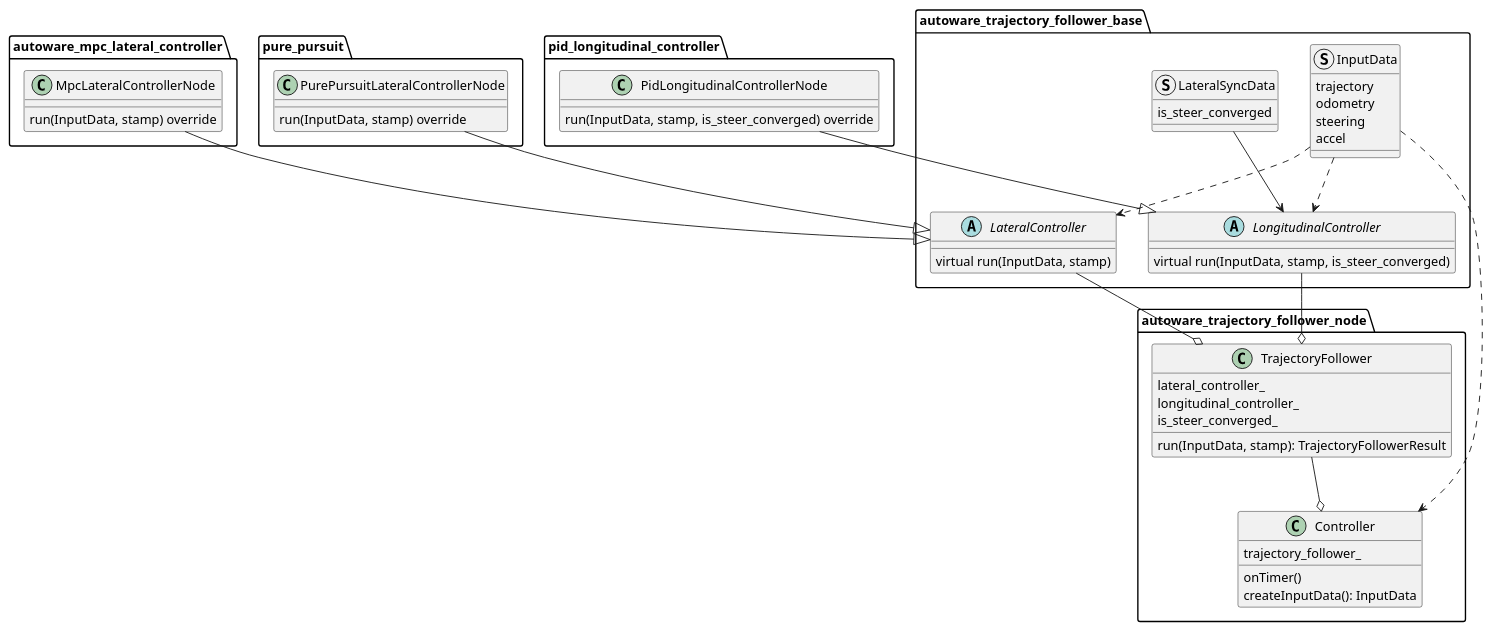
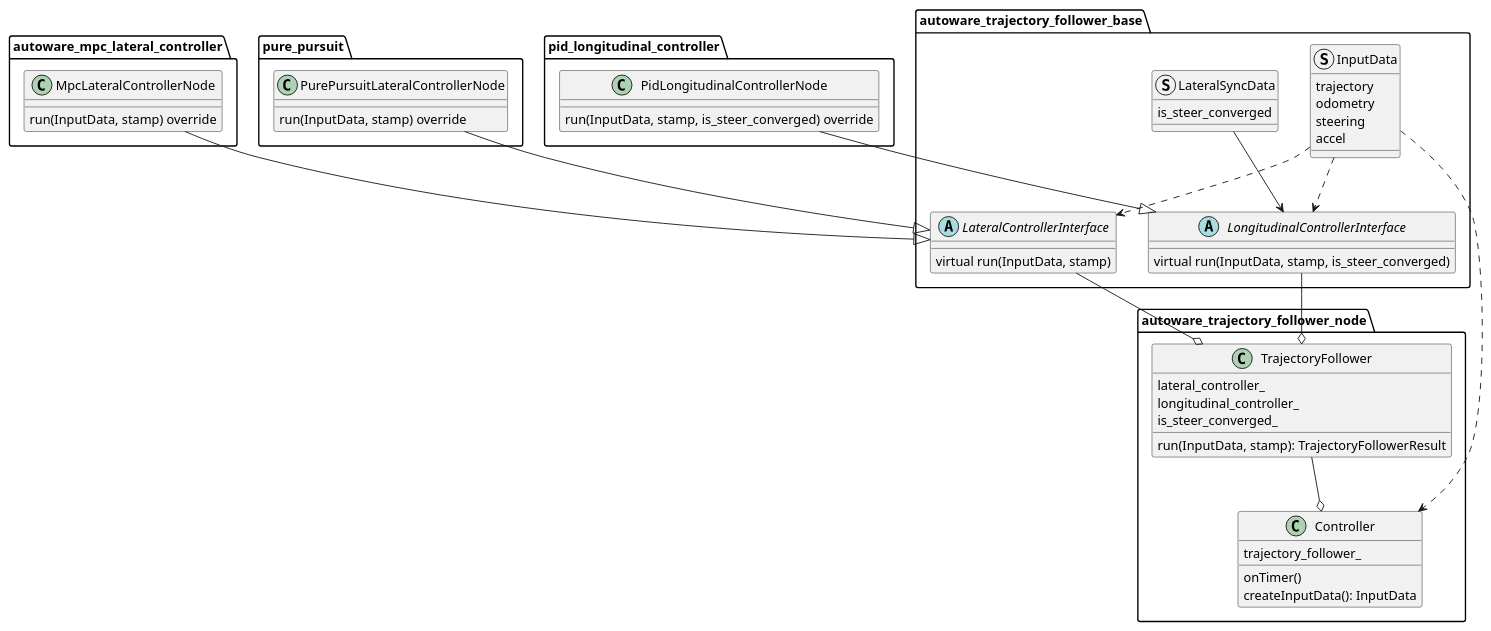
Before and after one commit to interimadd/autoware_universe: the diagram in control/autoware_trajectory_follower_node/README.md, drawn with PlantUML. The commit also changed 15 other files, not shown here.

First line of the commit message:
refactor(autoware_trajectory_follower_base): name the two interfaces with the Interface suffix

````diff
--- a/control/autoware_trajectory_follower_node/README.md
+++ b/control/autoware_trajectory_follower_node/README.md
@@ -13,65 +13,65 @@
 ```plantuml
 @startuml
 package autoware_trajectory_follower_base {
-abstract class LateralController {
+abstract class LateralControllerInterface {
 virtual run(InputData, stamp)
 }
-abstract class LongitudinalController {
+abstract class LongitudinalControllerInterface {
 virtual run(InputData, stamp, is_steer_converged)
 }
 
 struct InputData {
 trajectory
 odometry
 steering
 accel
 }
 struct LateralSyncData {
 is_steer_converged
 }
 }
 
 package autoware_mpc_lateral_controller {
 class MpcLateralControllerNode {
 run(InputData, stamp) override
 }
 }
 package pure_pursuit {
 class PurePursuitLateralControllerNode {
 run(InputData, stamp) override
 }
 }
 package pid_longitudinal_controller {
 class PidLongitudinalControllerNode {
 run(InputData, stamp, is_steer_converged) override
 }
 }
 
 package autoware_trajectory_follower_node {
 class TrajectoryFollower {
 lateral_controller_
 longitudinal_controller_
 is_steer_converged_
 run(InputData, stamp): TrajectoryFollowerResult
 }
 class Controller {
 trajectory_follower_
 onTimer()
 createInputData(): InputData
 }
 }
 
-MpcLateralControllerNode --|> LateralController
-PurePursuitLateralControllerNode --|> LateralController
-PidLongitudinalControllerNode --|> LongitudinalController
+MpcLateralControllerNode --|> LateralControllerInterface
+PurePursuitLateralControllerNode --|> LateralControllerInterface
+PidLongitudinalControllerNode --|> LongitudinalControllerInterface
 
-LateralSyncData --> LongitudinalController
-InputData ..> LateralController
-InputData ..> LongitudinalController
+LateralSyncData --> LongitudinalControllerInterface
+InputData ..> LateralControllerInterface
+InputData ..> LongitudinalControllerInterface
 
-LateralController --o TrajectoryFollower
-LongitudinalController --o TrajectoryFollower
+LateralControllerInterface --o TrajectoryFollower
+LongitudinalControllerInterface --o TrajectoryFollower
 TrajectoryFollower --o Controller
 InputData ..> Controller
 @enduml
 ```
````
